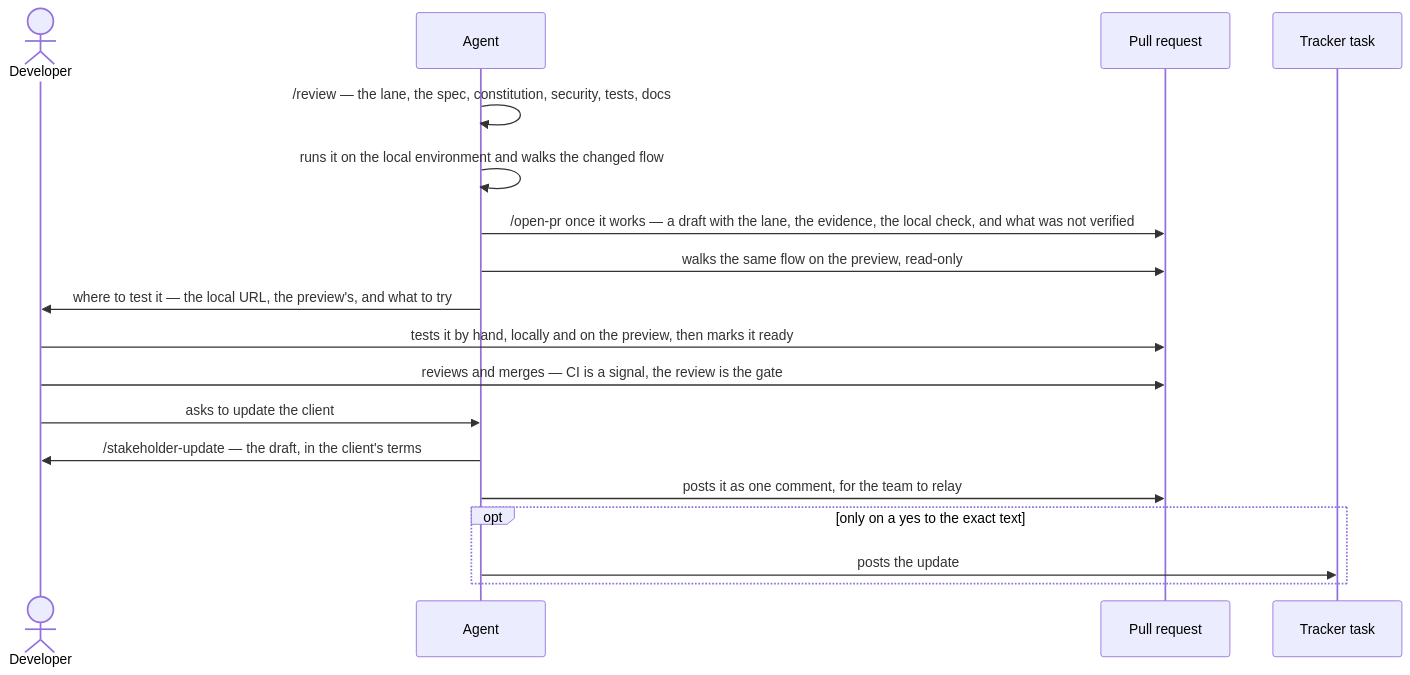
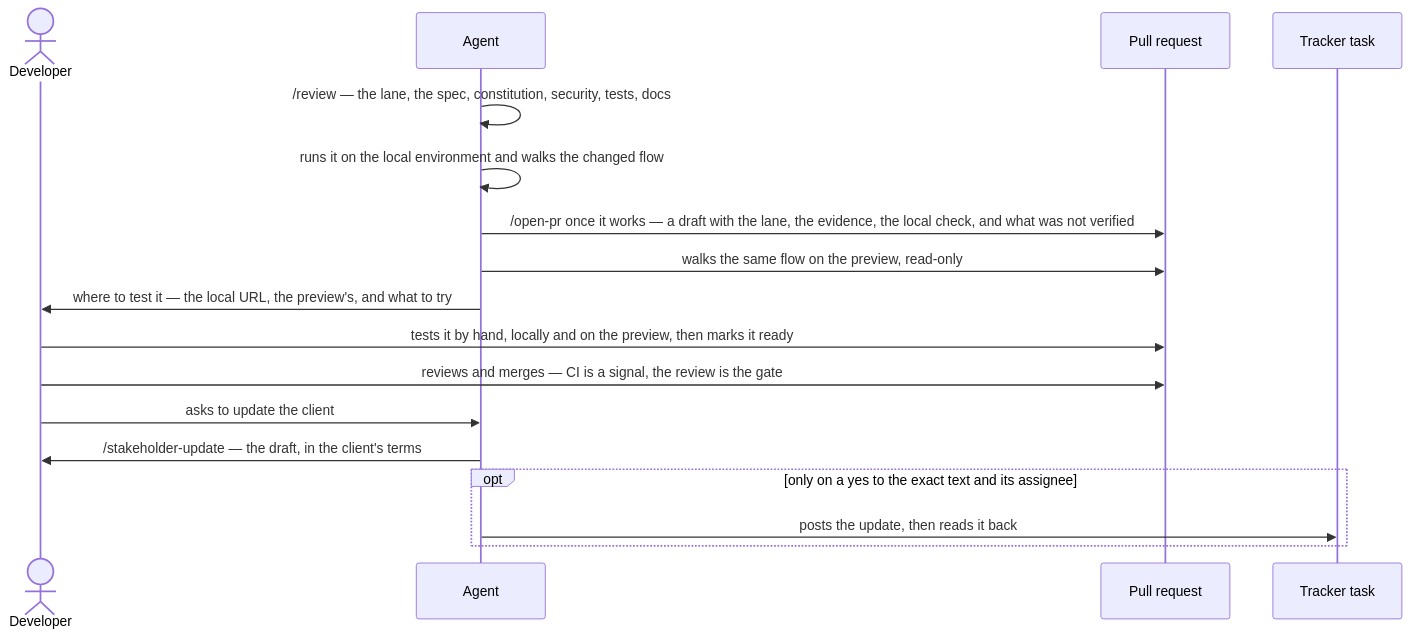
Before and after one commit to Aplyca/AgenticDevelopmentFramework: the fourth of 6 diagrams in README.md, drawn with Mermaid. The commit also changed other lines of this file and 16 other files, not shown here.

````diff
--- a/README.md
+++ b/README.md
@@ -299,20 +299,19 @@
 ```mermaid
 sequenceDiagram
     actor Dev as Developer
     participant Agent
     participant PR as Pull request
     participant Tracker as Tracker task
     Agent->>Agent: /review — the lane, the spec, constitution, security, tests, docs
     Agent->>Agent: runs it on the local environment and walks the changed flow
     Agent->>PR: /open-pr once it works — a draft with the lane, the evidence, the local check, and what was not verified
     Agent->>PR: walks the same flow on the preview, read-only
     Agent->>Dev: where to test it — the local URL, the preview's, and what to try
     Dev->>PR: tests it by hand, locally and on the preview, then marks it ready
     Dev->>PR: reviews and merges — CI is a signal, the review is the gate
     Dev->>Agent: asks to update the client
     Agent->>Dev: /stakeholder-update — the draft, in the client's terms
-    Agent->>PR: posts it as one comment, for the team to relay
-    opt only on a yes to the exact text
-        Agent->>Tracker: posts the update
+    opt only on a yes to the exact text and its assignee
+        Agent->>Tracker: posts the update, then reads it back
     end
 ```
````
